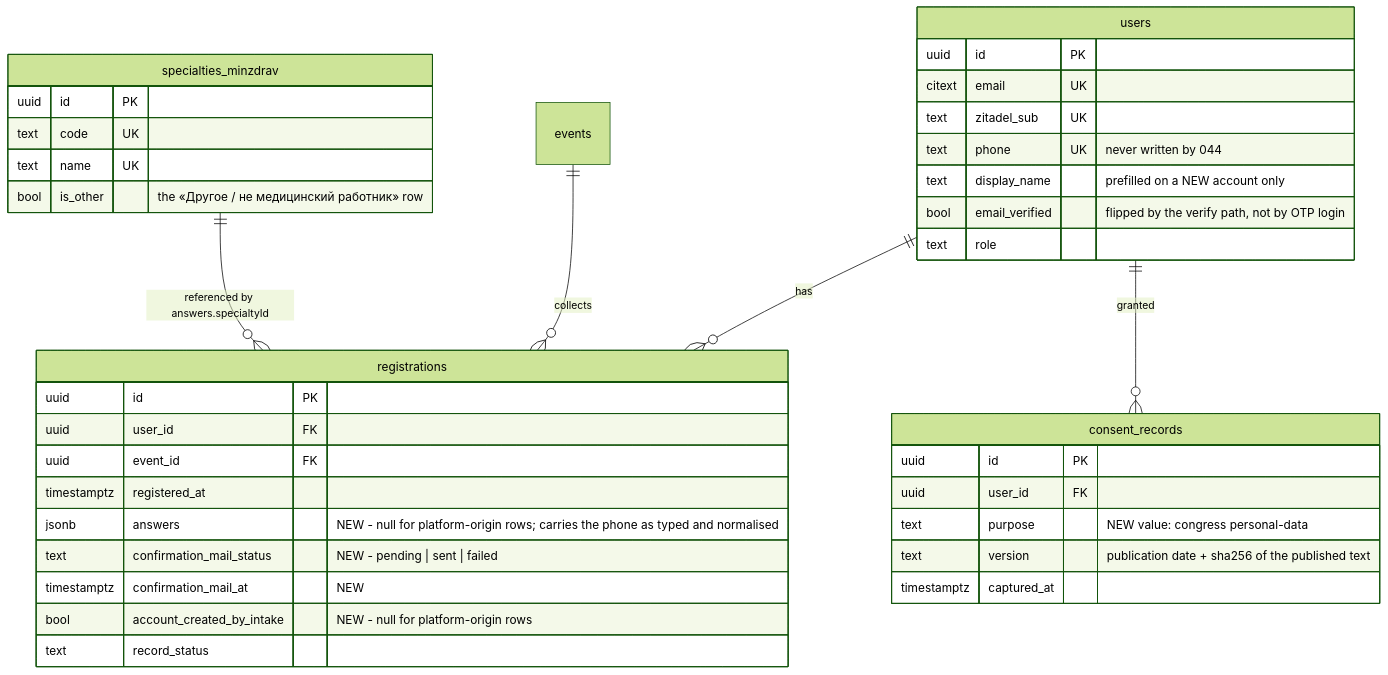
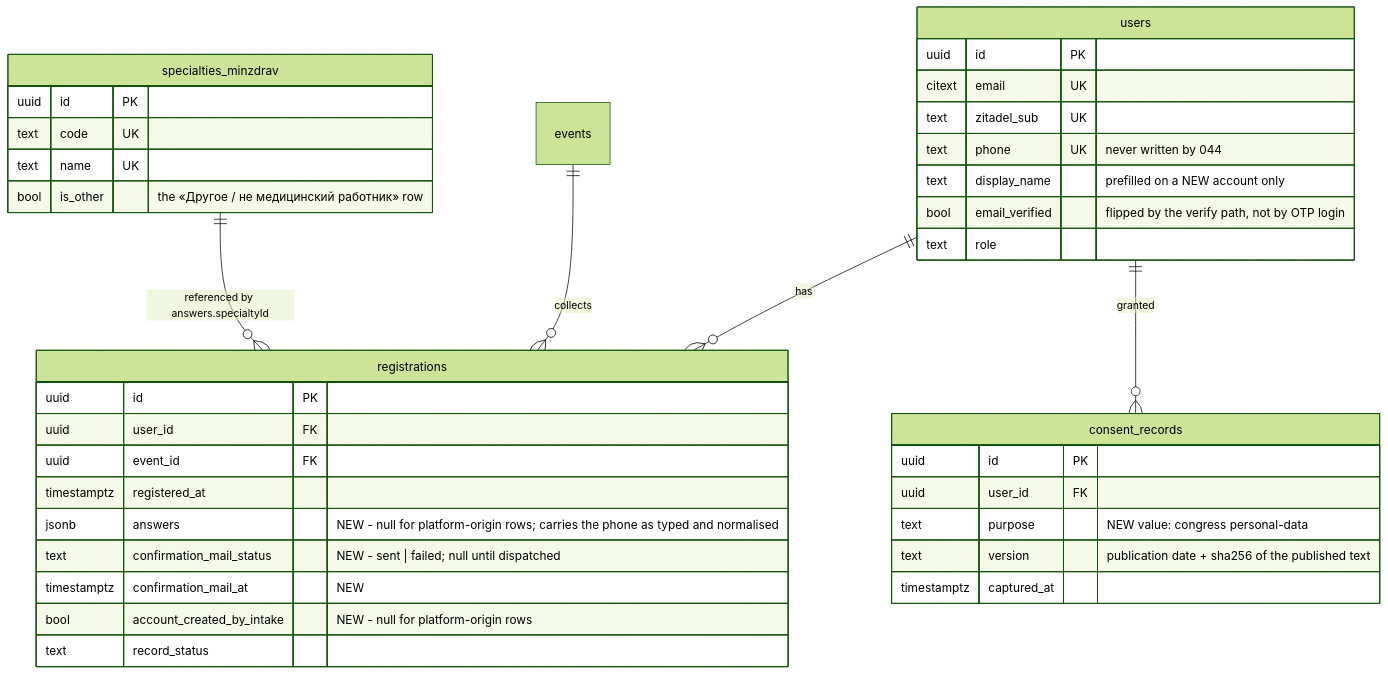
One commit to doctor-school/ds-platform changed the fifth of 5 diagrams in apps/docs/content/specs/features/044-congress-signup/044-design.md. Above: the diagram before and after it, drawn with Mermaid (forest theme). The commit also changed other lines of this file and 10 other files, not shown here.

````diff
--- a/apps/docs/content/specs/features/044-congress-signup/044-design.md
+++ b/apps/docs/content/specs/features/044-congress-signup/044-design.md
@@ -171,44 +179,44 @@
 ```mermaid
 erDiagram
     users ||--o{ registrations : "has"
     users ||--o{ consent_records : "granted"
     events ||--o{ registrations : "collects"
     specialties_minzdrav ||--o{ registrations : "referenced by answers.specialtyId"
 
     users {
         uuid id PK
         citext email UK
         text zitadel_sub UK
         text phone UK "never written by 044"
         text display_name "prefilled on a NEW account only"
         bool email_verified "flipped by the verify path, not by OTP login"
         text role
     }
 
     registrations {
         uuid id PK
         uuid user_id FK
         uuid event_id FK
         timestamptz registered_at
         jsonb answers "NEW - null for platform-origin rows; carries the phone as typed and normalised"
-        text confirmation_mail_status "NEW - pending | sent | failed"
+        text confirmation_mail_status "NEW - sent | failed; null until dispatched"
         timestamptz confirmation_mail_at "NEW"
         bool account_created_by_intake "NEW - null for platform-origin rows"
         text record_status
     }
 
     consent_records {
         uuid id PK
         uuid user_id FK
         text purpose "NEW value: congress personal-data"
         text version "publication date + sha256 of the published text"
         timestamptz captured_at
     }
 
     specialties_minzdrav {
         uuid id PK
         text code UK
         text name UK
         bool is_other "the «Другое / не медицинский работник» row"
     }
 ```
````
